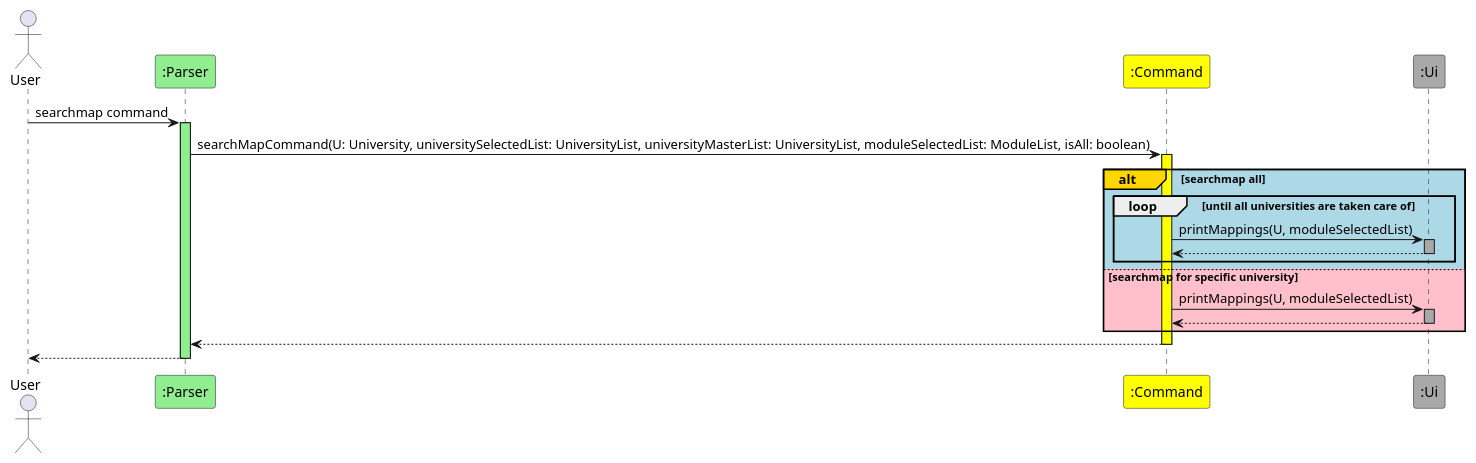
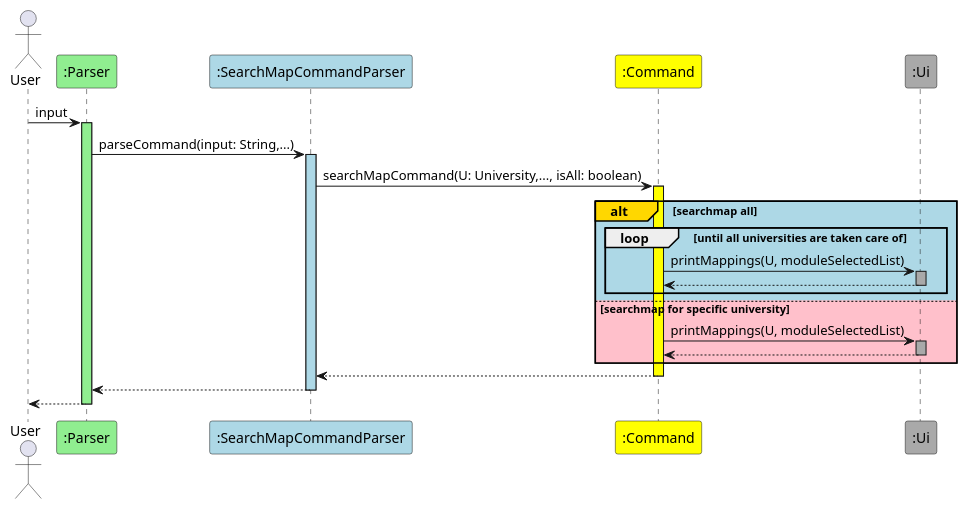
The diagram in docs/umls/searchmapseq.puml (nus-cs2113-AY2122S1/tp), drawn with PlantUML before and after one commit. The commit also changed 5 other files, not shown here.

Commit message:
Update photo, ppp, sequence diagram

```diff
--- a/docs/umls/searchmapseq.puml
+++ b/docs/umls/searchmapseq.puml
@@ -1,37 +1,44 @@
 @startuml
 'https://plantuml.com/sequence-diagram
 
 actor User
 
 participant ":Parser" #LightGreen
-User -> ":Parser" ++ #LightGreen: searchmap command
+User -> ":Parser" ++ #LightGreen: input
+
+participant ":SearchMapCommandParser" #LightBlue
+":Parser" -> ":SearchMapCommandParser" ++  #LightBlue : parseCommand(input: String,...)
 
 participant ":Command" #Yellow
-":Parser" -> ":Command" ++ #Yellow : searchMapCommand(U: University, universitySelectedList: UniversityList, universityMasterList: UniversityList, moduleSelectedList: ModuleList, isAll: boolean)
+":SearchMapCommandParser" -> ":Command" ++ #Yellow : searchMapCommand(U: University,..., isAll: boolean)
 
 alt#Gold #LightBlue searchmap all
 
 loop until all universities are taken care of
 
 participant ":Ui" #DarkGrey
 ":Command" -> ":Ui" ++ #DarkGrey : printMappings(U, moduleSelectedList)
 return
 deactivate ":Ui"
 
 end
 
 else #Pink searchmap for specific university
 
 participant ":Ui" #DarkGrey
 ":Command" -> ":Ui" ++ #DarkGrey : printMappings(U, moduleSelectedList)
 return
+
 deactivate ":Ui"
 
 end
 
-":Command" --> ":Parser"
+":Command" --> ":SearchMapCommandParser"
 deactivate ":Command"
+
+":SearchMapCommandParser" --> ":Parser"
+deactivate ":SearchMapCommandParser"
 
 ":Parser" --> User
 deactivate ":Parser"
 @enduml
```
